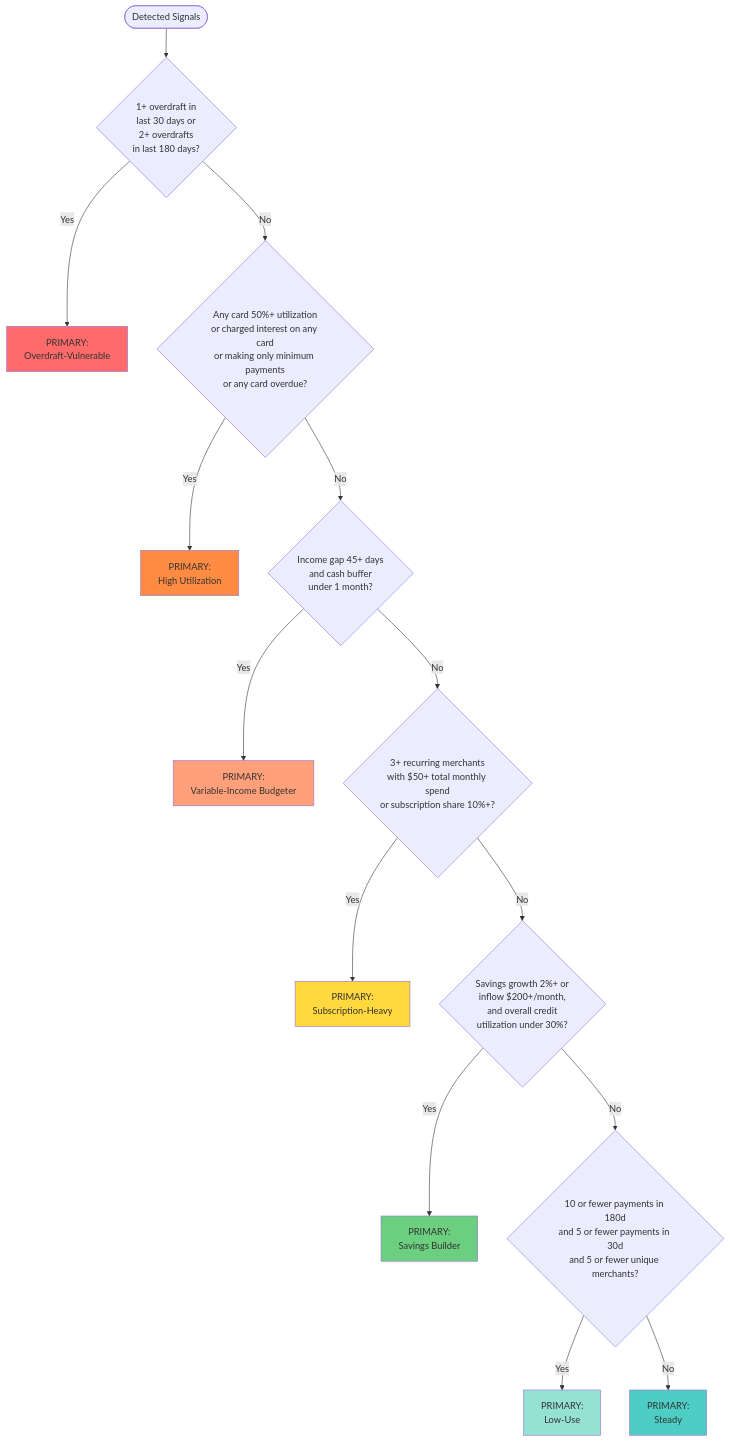
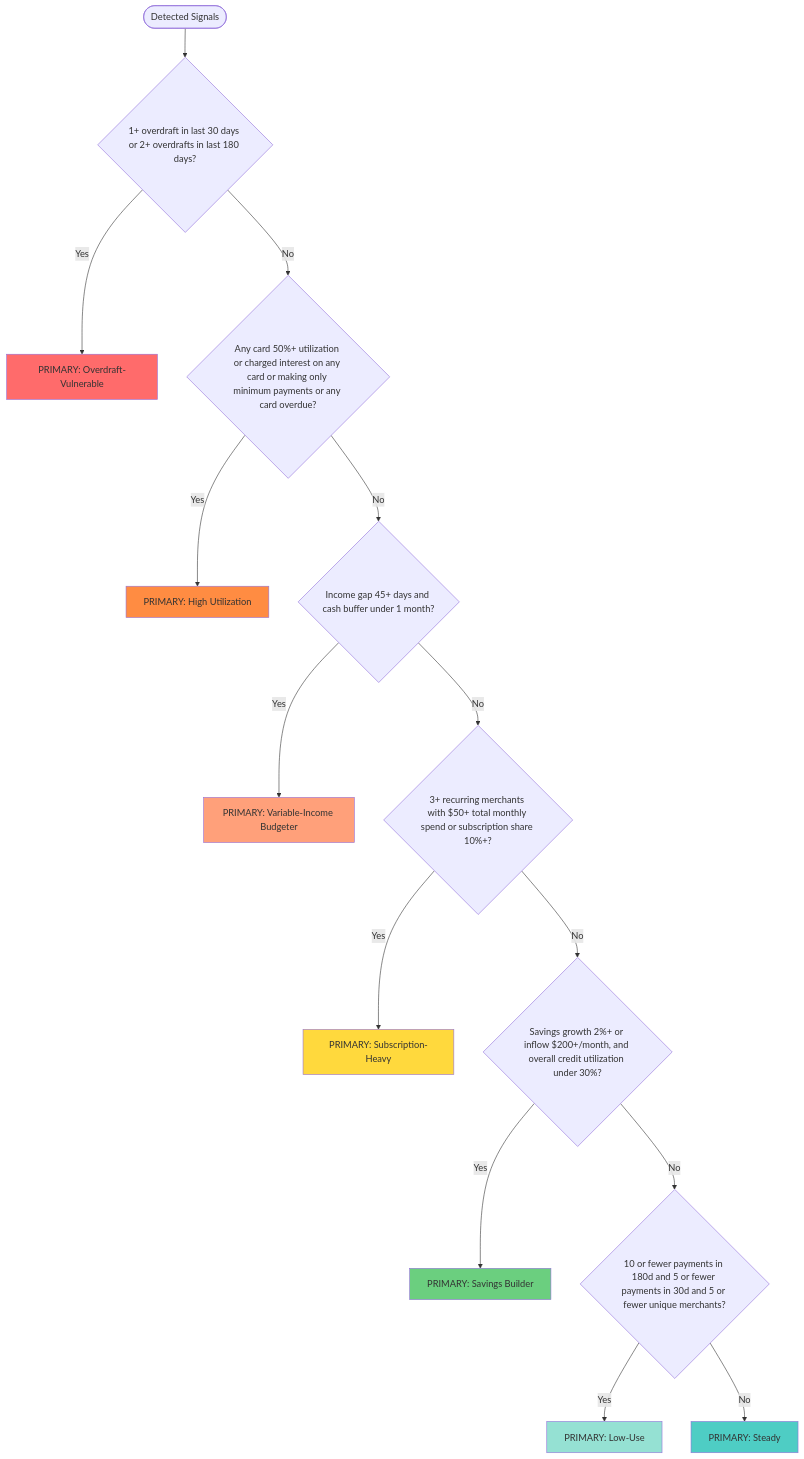
Before and after one commit to NShumway/learn-cents: the diagram in docs/persona-assignment.md, drawn with Mermaid.

Commit message:
Update persona assignment doc with cleaner mermaid formatting
🤖 Generated with [Claude Code](https://claude.com/claude-code)

````diff
--- a/docs/persona-assignment.md
+++ b/docs/persona-assignment.md
@@ -45,30 +45,30 @@
 ```mermaid
 flowchart TD
-    Start([Detected Signals]) --> Overdraft{1+ overdraft in<br/>last 30 days or<br/>2+ overdrafts<br/>in last 180 days?}
+    Start([Detected Signals]) --> Overdraft{1+ overdraft in last 30 days or 2+ overdrafts in last 180 days?}
 
-    Overdraft -->|Yes| P1[PRIMARY:<br/>Overdraft-Vulnerable]
-    Overdraft -->|No| Credit{Any card 50%+ utilization<br/>or charged interest on any card<br/>or making only minimum payments<br/>or any card overdue?}
+    Overdraft -->|Yes| P1[PRIMARY: Overdraft-Vulnerable]
+    Overdraft -->|No| Credit{Any card 50%+ utilization or charged interest on any card or making only minimum payments or any card overdue?}
 
-    Credit -->|Yes| P2[PRIMARY:<br/>High Utilization]
-    Credit -->|No| Income{Income gap 45+ days<br/>and cash buffer<br/>under 1 month?}
+    Credit -->|Yes| P2[PRIMARY: High Utilization]
+    Credit -->|No| Income{Income gap 45+ days and cash buffer under 1 month?}
 
-    Income -->|Yes| P3[PRIMARY:<br/>Variable-Income Budgeter]
-    Income -->|No| Subscription{3+ recurring merchants<br/>with $50+ total monthly spend<br/>or subscription share 10%+?}
+    Income -->|Yes| P3[PRIMARY: Variable-Income Budgeter]
+    Income -->|No| Subscription{3+ recurring merchants with $50+ total monthly spend or subscription share 10%+?}
 
-    Subscription -->|Yes| P4[PRIMARY:<br/>Subscription-Heavy]
-    Subscription -->|No| Saver{Savings growth 2%+ or<br/>inflow $200+/month,<br/>and overall credit<br/>utilization under 30%?}
+    Subscription -->|Yes| P4[PRIMARY: Subscription-Heavy]
+    Subscription -->|No| Saver{Savings growth 2%+ or inflow $200+/month, and overall credit utilization under 30%?}
 
-    Saver -->|Yes| P5[PRIMARY:<br/>Savings Builder]
-    Saver -->|No| LowUse{10 or fewer payments in 180d<br/>and 5 or fewer payments in 30d<br/>and 5 or fewer unique merchants?}
+    Saver -->|Yes| P5[PRIMARY: Savings Builder]
+    Saver -->|No| LowUse{10 or fewer payments in 180d and 5 or fewer payments in 30d and 5 or fewer unique merchants?}
 
-    LowUse -->|Yes| P6[PRIMARY:<br/>Low-Use]
-    LowUse -->|No| P7[PRIMARY:<br/>Steady]
+    LowUse -->|Yes| P6[PRIMARY: Low-Use]
+    LowUse -->|No| P7[PRIMARY: Steady]
 
     style P1 fill:#ff6b6b
     style P2 fill:#ff8c42
     style P3 fill:#ffa07a
     style P4 fill:#ffd93d
     style P5 fill:#6bcf7f
     style P6 fill:#95e1d3
     style P7 fill:#4ecdc4
 ```
````
